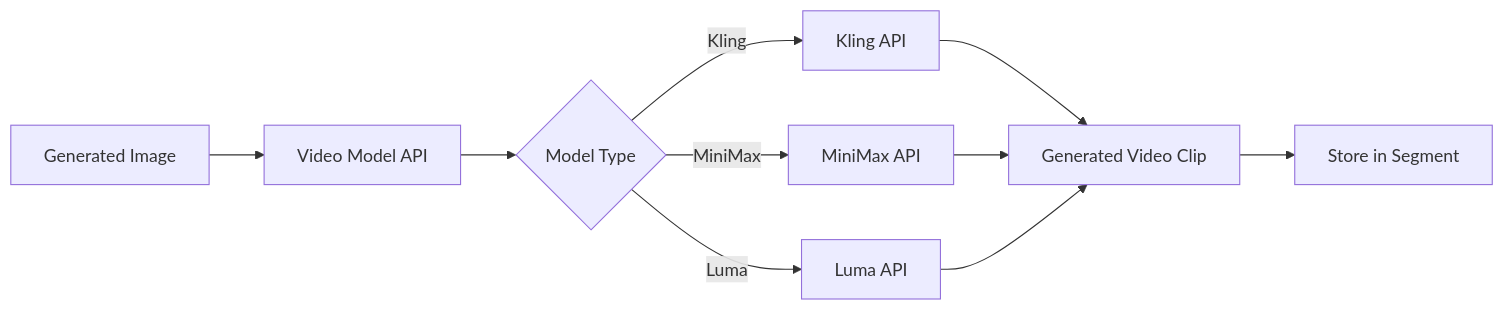
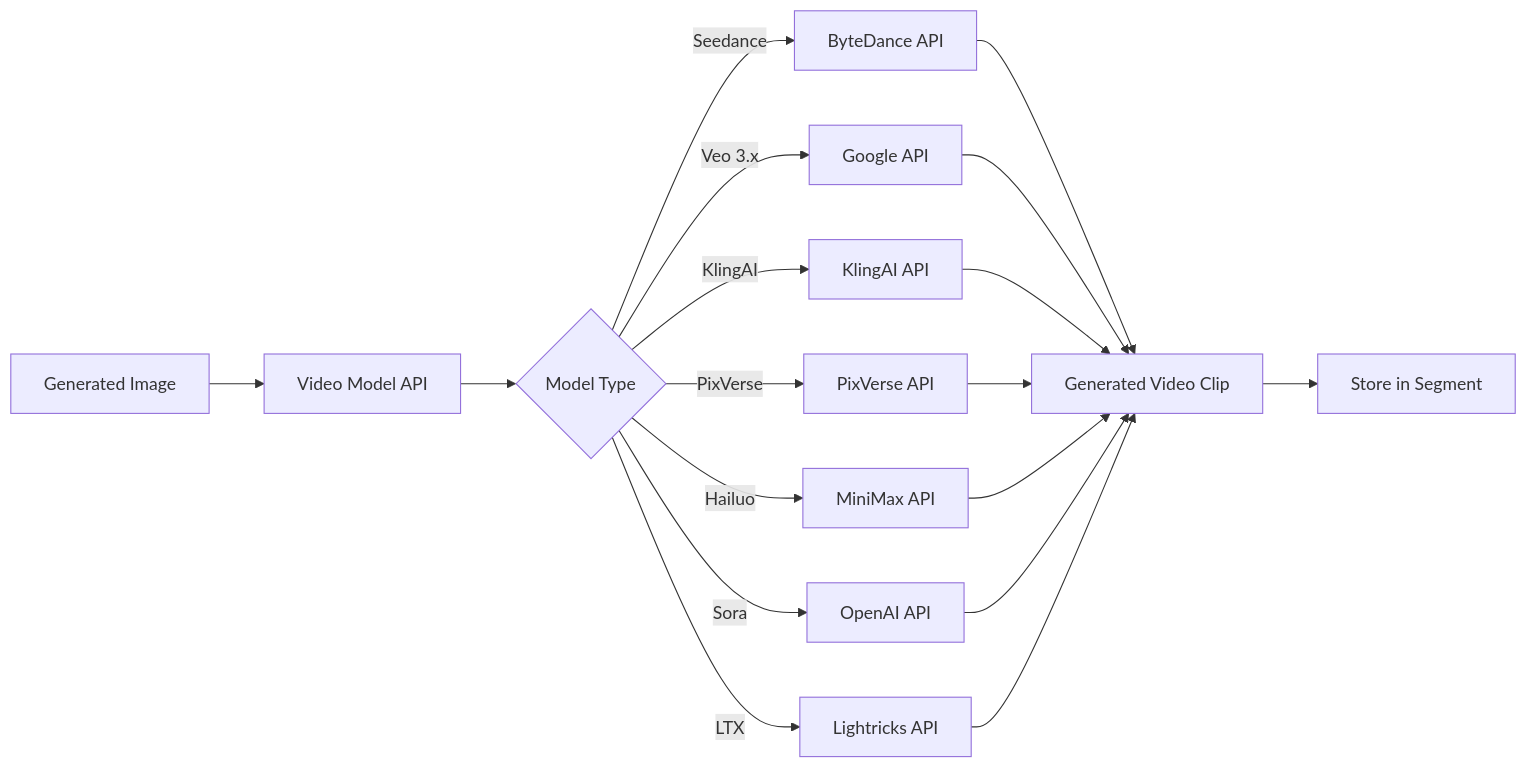
Before and after one commit to abbaszn1999/Storia: the fourth of 5 diagrams in docs/AMBIENT_VISUALIZER.md, drawn with Mermaid. The commit also changed other lines of this file and 5 other files, not shown here.

````diff
--- a/docs/AMBIENT_VISUALIZER.md
+++ b/docs/AMBIENT_VISUALIZER.md
@@ -591,12 +947,20 @@
 ```mermaid
 flowchart LR
     A[Generated Image] --> B[Video Model API]
     B --> C{Model Type}
-    C -->|Kling| D[Kling API]
-    C -->|MiniMax| E[MiniMax API]
-    C -->|Luma| F[Luma API]
-    D --> G[Generated Video Clip]
-    E --> G
-    F --> G
-    G --> H[Store in Segment]
+    C -->|Seedance| D[ByteDance API]
+    C -->|Veo 3.x| E[Google API]
+    C -->|KlingAI| F[KlingAI API]
+    C -->|PixVerse| G[PixVerse API]
+    C -->|Hailuo| H[MiniMax API]
+    C -->|Sora| I[OpenAI API]
+    C -->|LTX| J[Lightricks API]
+    D --> K[Generated Video Clip]
+    E --> K
+    F --> K
+    G --> K
+    H --> K
+    I --> K
+    J --> K
+    K --> L[Store in Segment]
 ```
````
